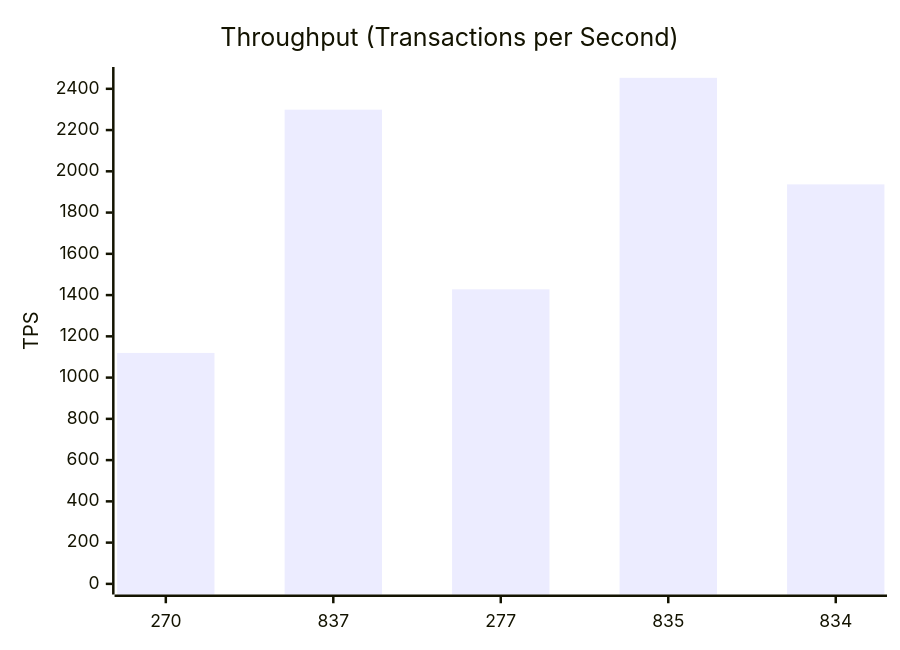
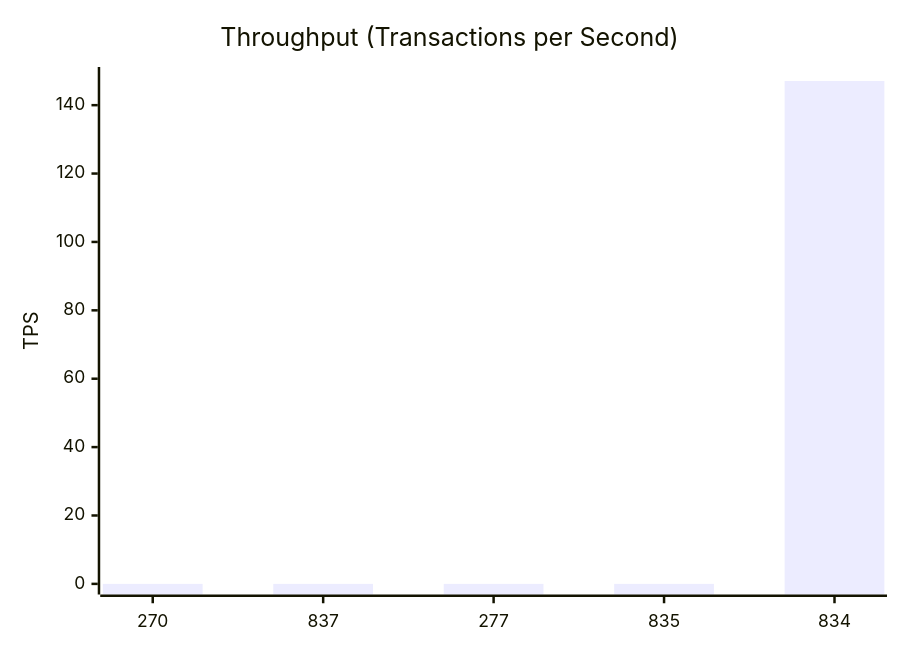
Before and after one commit to dhagan-va/intern-2025: the third of 11 diagrams in test-tools/DataGen/src/Statistics_Visualizer.md, drawn with Mermaid. The commit also changed other lines of this file and 1 other file, not shown here.

````diff
--- a/test-tools/DataGen/src/Statistics_Visualizer.md
+++ b/test-tools/DataGen/src/Statistics_Visualizer.md
@@ -40,7 +40,7 @@
 ```mermaid
 xychart-beta
     title "Throughput (Transactions per Second)"
     x-axis ["270", "837", "277", "835", "834"]
-    y-axis "TPS" 0 --> 2454.218790787765
-    bar [1119.7053718735629, 2298.9059561450413, 1427.8702313463755, 2453.218790787765, 1936.6395162293784]
+    y-axis "TPS" 0 --> 148.05449839710596
+    bar [0.0, 0.0, 0.0, 0.0, 147.05449839710596]
 ```
````
